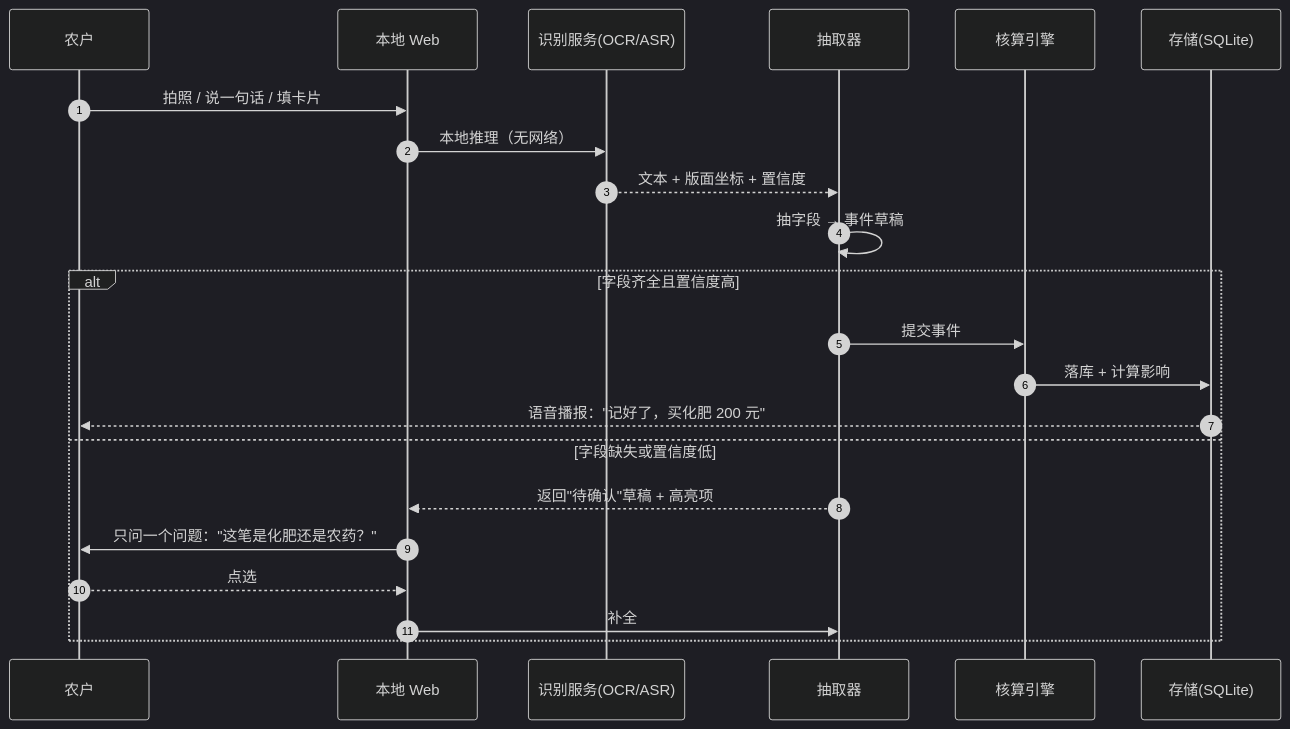
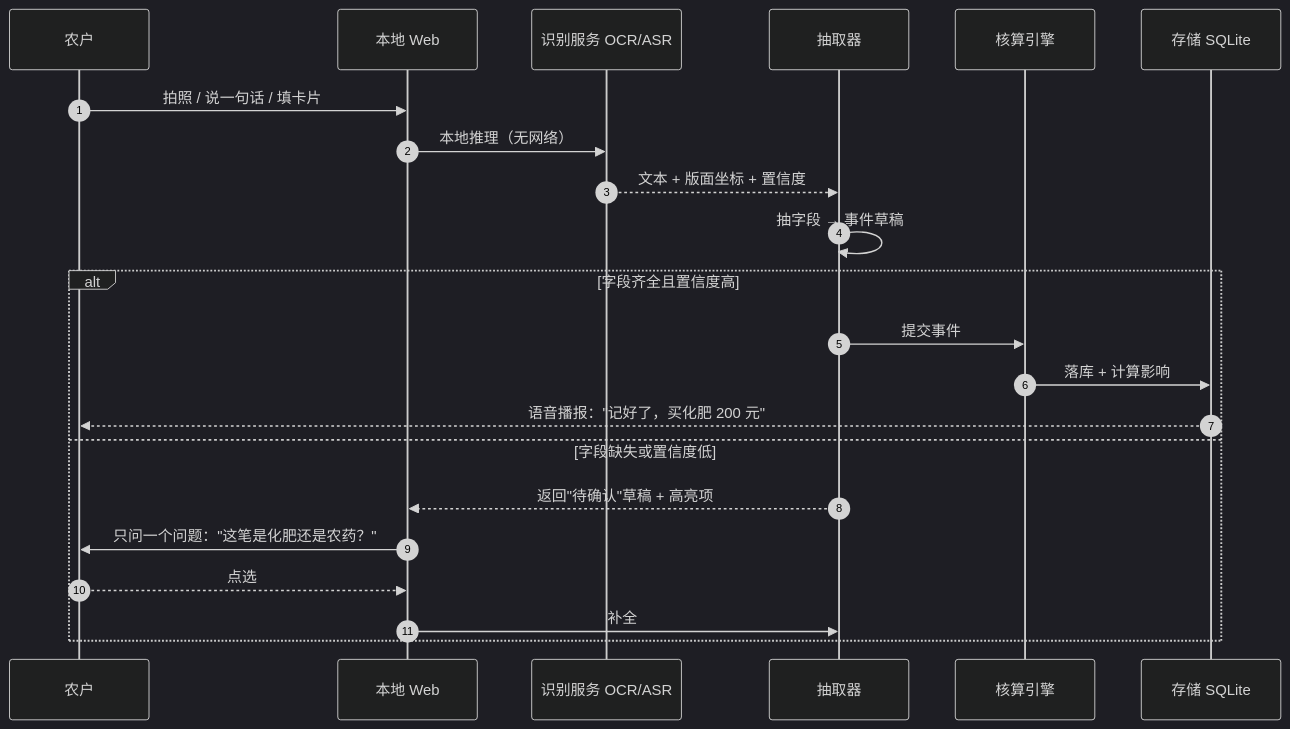
The second of 3 diagrams in docs/技术方案V2.md (ltyyyyy1017/Intelligent-Management-System-for-Small-Scale-Farmers), drawn with Mermaid (dark theme) before and after one commit. The commit also changed other lines of this file, not shown here.

Commit message:
docs: 修正自用工公式的量纲、mermaid 参与者别名；README 行数核准

````diff
--- a/docs/技术方案V2.md
+++ b/docs/技术方案V2.md
@@ -190,24 +190,24 @@
 ```mermaid
 sequenceDiagram
   autonumber
   participant U as 农户
   participant W as 本地 Web
-  participant R as 识别服务(OCR/ASR)
+  participant R as 识别服务 OCR/ASR
   participant X as 抽取器
   participant K as 核算引擎
-  participant S as 存储(SQLite)
+  participant S as 存储 SQLite
   U->>W: 拍照 / 说一句话 / 填卡片
   W->>R: 本地推理（无网络）
   R-->>X: 文本 + 版面坐标 + 置信度
   X->>X: 抽字段 → 事件草稿
   alt 字段齐全且置信度高
     X->>K: 提交事件
     K->>S: 落库 + 计算影响
     S-->>U: 语音播报："记好了，买化肥 200 元"
   else 字段缺失或置信度低
     X-->>W: 返回"待确认"草稿 + 高亮项
     W->>U: 只问一个问题："这笔是化肥还是农药？"
     U-->>W: 点选
     W->>X: 补全
   end
 ```
````
